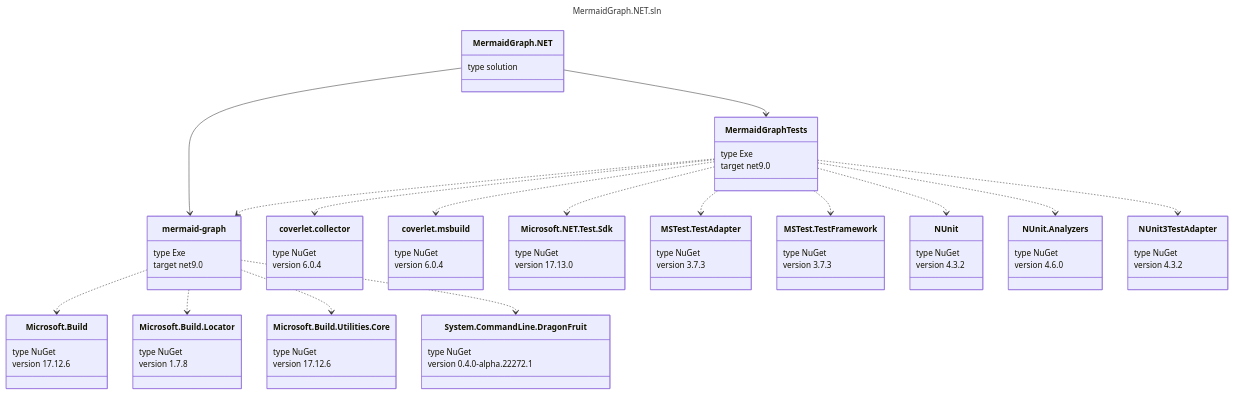
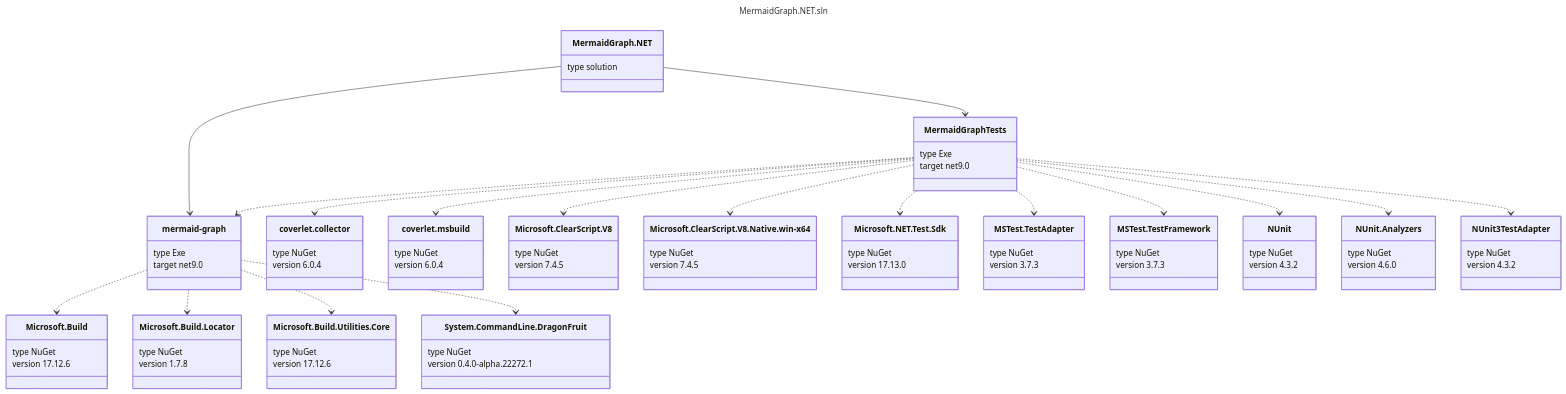
The diagram in README.md (A9G-Data-Droid/MermaidGraph.NET), drawn with Mermaid before and after one commit. The commit also changed other lines of this file and 8 other files, not shown here.

```diff
--- a/README.md
+++ b/README.md
@@ -78,6 +87,16 @@
         version 6.0.4
     }
     MermaidGraphTests ..> coverlet.msbuild
+    class Microsoft.ClearScript.V8{
+        type NuGet
+        version 7.4.5
+    }
+    MermaidGraphTests ..> Microsoft.ClearScript.V8
+    class Microsoft.ClearScript.V8.Native.win-x64{
+        type NuGet
+        version 7.4.5
+    }
+    MermaidGraphTests ..> Microsoft.ClearScript.V8.Native.win-x64
     class Microsoft.NET.Test.Sdk{
         type NuGet
         version 17.13.0
```
